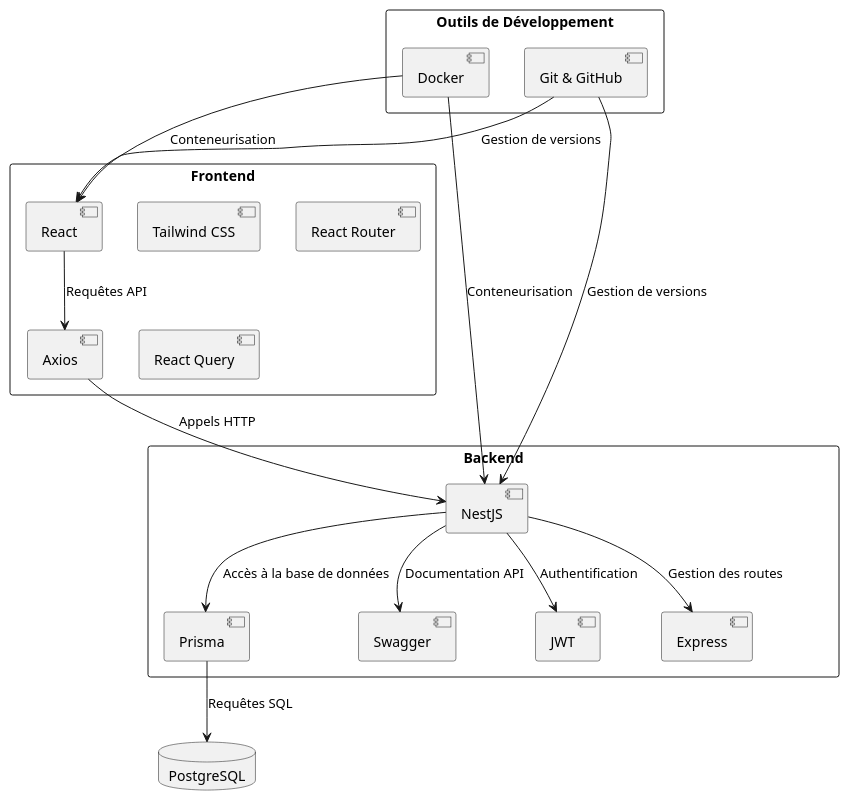
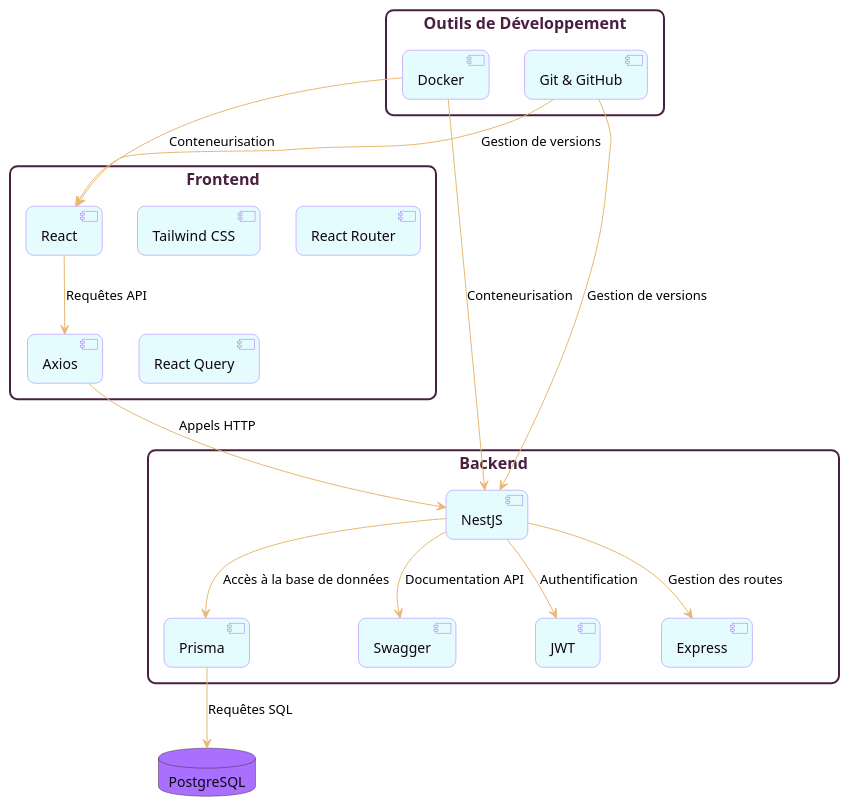
The diagram in conception/diagrams/archi.puml (cedricrgt/questarena), drawn with PlantUML before and after one commit. The commit also changed 7 other files, not shown here.

```diff
--- a/conception/diagrams/archi.puml
+++ b/conception/diagrams/archi.puml
@@ -1,38 +1,72 @@
 @startuml architecture_diagram
+
+' --- Style moderne (couleurs CSS QuestsArena) ---
+skinparam shadowing false
+skinparam roundCorner 15
+skinparam defaultFontName "Raleway, sans-serif"
+
+skinparam rectangle {
+    BackgroundColor transparent
+    BorderColor #4a2040
+    BorderThickness 2
+    FontColor #4a2040
+    FontSize 16
+    FontStyle bold
+}
+
+skinparam component {
+    BackgroundColor #e5fcff
+    BorderColor #a96fff
+    ArrowColor #e9b872
+    FontColor #0e060c
+}
+
+skinparam database {
+    BackgroundColor #a96fff
+    BorderColor #4a2040
+    FontColor #0e060c
+}
+
+skinparam node {
+    BackgroundColor transparent
+    BorderColor #4a2040
+    FontColor #4a2040
+}
+' --------------------------------------------
 
 rectangle "Frontend" {
   [React] as react
   [Tailwind CSS] as tailwind
   [React Router] as react_router
   [React Query] as react_query
   [Axios] as axios
 }
 
 rectangle "Backend" {
   [NestJS] as nestjs
   [Prisma] as prisma
   [Swagger] as swagger
   [JWT] as jwt
   [Express] as express
 }
 
 database "PostgreSQL" as postgres
 
 rectangle "Outils de Développement" {
   [Docker] as docker
   [Git & GitHub] as git
 }
 
 react --> axios: Requêtes API
 axios --> nestjs: Appels HTTP
 nestjs --> express: Gestion des routes
 nestjs --> prisma: Accès à la base de données
 prisma --> postgres: Requêtes SQL
 nestjs --> swagger: Documentation API
 nestjs --> jwt: Authentification
 docker --> react: Conteneurisation
 docker --> nestjs: Conteneurisation
 git --> react: Gestion de versions
 git --> nestjs: Gestion de versions
 
 @enduml
```
